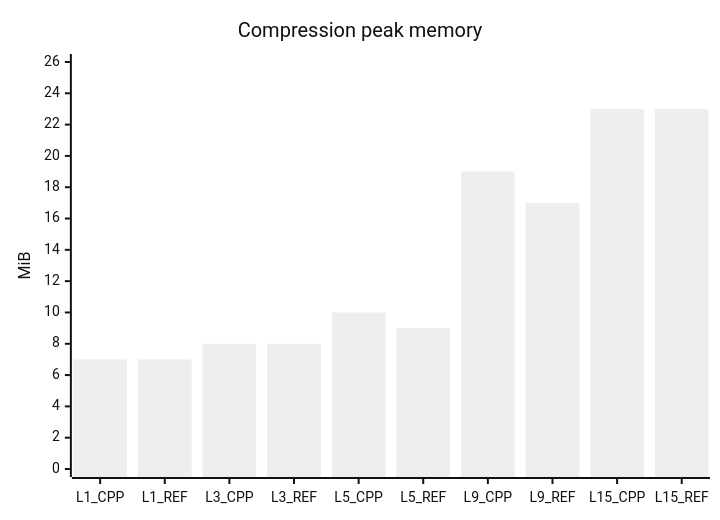
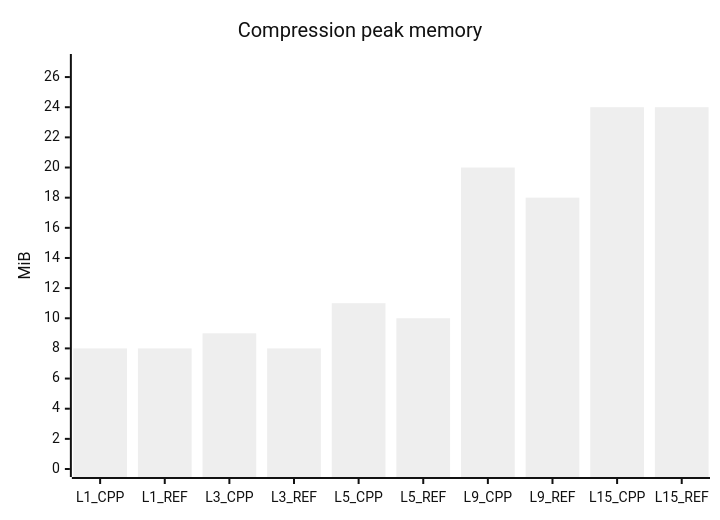
One commit to mheyman/zstdpp changed the third of 7 diagrams in README.md. Above: the diagram before and after it, drawn with Mermaid (neutral theme). The commit also changed other lines of this file and 4 other files, not shown here.

````diff
--- a/README.md
+++ b/README.md
@@ -160,7 +160,7 @@
 ```mermaid
 xychart-beta
     title "Compression peak memory"
     x-axis [L1_CPP, L1_REF, L3_CPP, L3_REF, L5_CPP, L5_REF, L9_CPP, L9_REF, L15_CPP, L15_REF]
-    y-axis "MiB" 0 --> 26
-    bar [7, 7, 8, 8, 10, 9, 19, 17, 23, 23]
+    y-axis "MiB" 0 --> 27
+    bar [8, 8, 9, 8, 11, 10, 20, 18, 24, 24]
 ```
````
